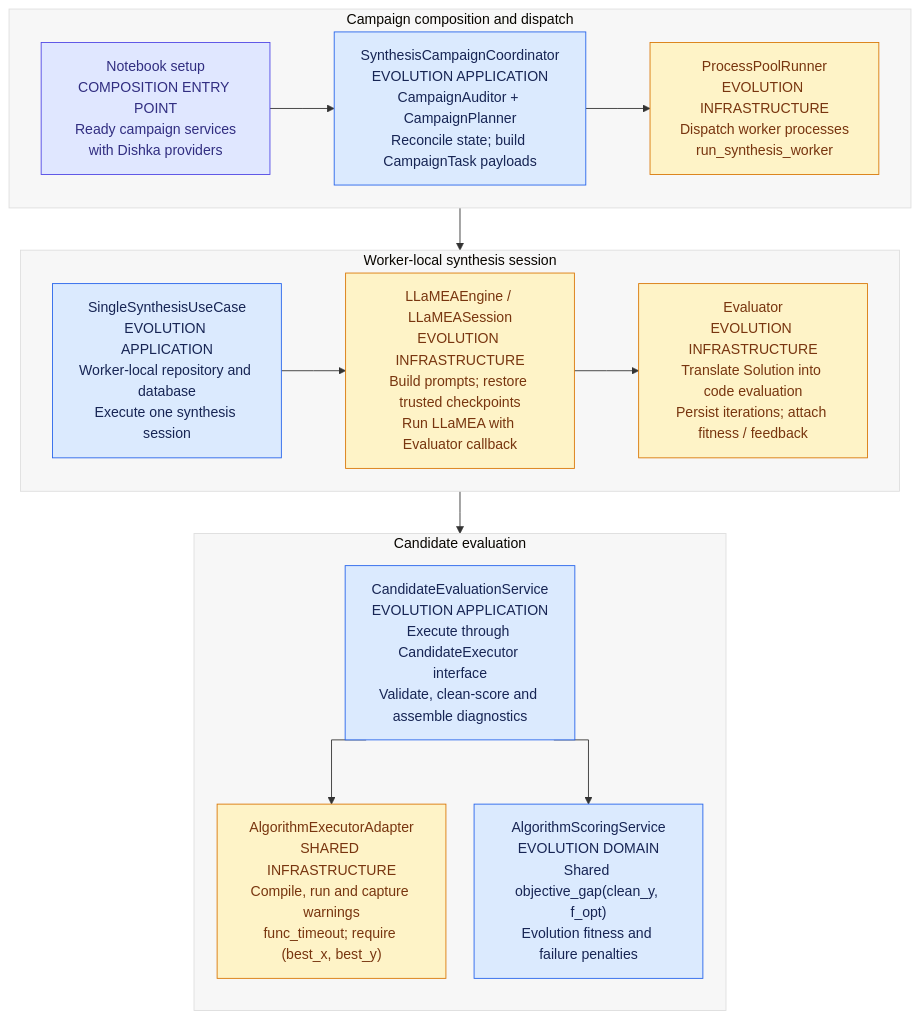
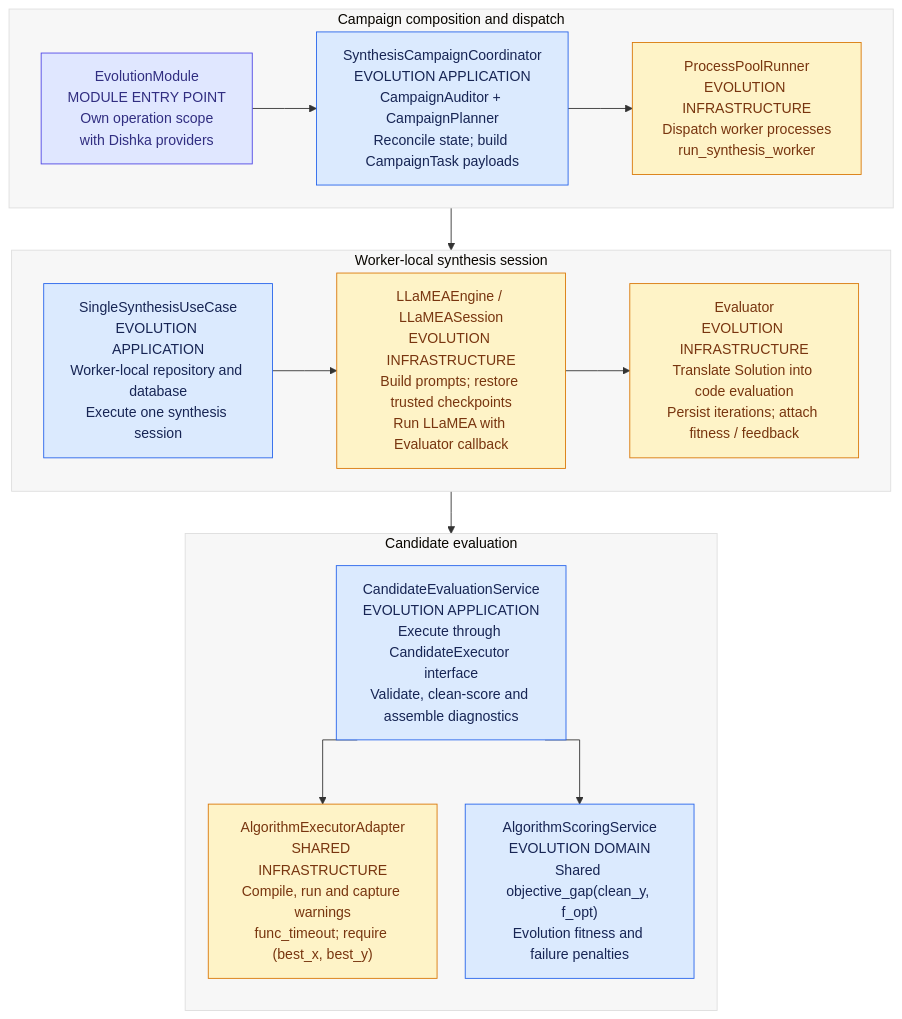
One commit to Nicola-Ibrahim/AAD_LLM changed the first of 2 diagrams in docs/architecture/system_architecture.md. Above: the diagram before and after it, drawn with Mermaid. The commit also changed other lines of this file and 161 other files, not shown here.

````diff
--- a/docs/architecture/system_architecture.md
+++ b/docs/architecture/system_architecture.md
@@ -17,36 +17,36 @@
 ```mermaid
 %%{init: {"theme":"base","themeVariables":{"background":"#f2e6ff","lineColor":"#333333","fontFamily":"Arial, Helvetica, sans-serif","clusterBkg":"#f7f7f7","clusterBorder":"#dedede"},"flowchart":{"curve":"stepAfter","nodeSpacing":32,"rankSpacing":48}}}%%
 flowchart TD
     accTitle: Synthesis collaboration
     accDescr: Campaign composition dispatches worker-local synthesis sessions; LLaMEA delegates candidate evaluation to shared execution and evolution scoring.
     subgraph Campaign["Campaign composition and dispatch"]
         direction LR
-        Bootstrap["Notebook setup<br/>COMPOSITION ENTRY POINT<br/>Ready campaign services<br/>with Dishka providers"]
+        Bootstrap["EvolutionModule<br/>MODULE ENTRY POINT<br/>Own operation scope<br/>with Dishka providers"]
         Coordinator["SynthesisCampaignCoordinator<br/>EVOLUTION APPLICATION<br/>CampaignAuditor + CampaignPlanner<br/>Reconcile state; build CampaignTask payloads"]
         Dispatcher["ProcessPoolRunner<br/>EVOLUTION INFRASTRUCTURE<br/>Dispatch worker processes<br/>run_synthesis_worker"]
         Bootstrap --> Coordinator --> Dispatcher
     end
     subgraph Session["Worker-local synthesis session"]
         direction LR
         UseCase["SingleSynthesisUseCase<br/>EVOLUTION APPLICATION<br/>Worker-local repository and database<br/>Execute one synthesis session"]
         Engine["LLaMEAEngine / LLaMEASession<br/>EVOLUTION INFRASTRUCTURE<br/>Build prompts; restore trusted checkpoints<br/>Run LLaMEA with Evaluator callback"]
         Evaluator["Evaluator<br/>EVOLUTION INFRASTRUCTURE<br/>Translate Solution into code evaluation<br/>Persist iterations; attach fitness / feedback"]
         UseCase --> Engine --> Evaluator
     end
     subgraph Candidate["Candidate evaluation"]
         direction TB
         Evaluation["CandidateEvaluationService<br/>EVOLUTION APPLICATION<br/>Execute through CandidateExecutor interface<br/>Validate, clean-score and assemble diagnostics"]
         Executor["AlgorithmExecutorAdapter<br/>SHARED INFRASTRUCTURE<br/>Compile, run and capture warnings<br/>func_timeout; require (best_x, best_y)"]
         Scoring["AlgorithmScoringService<br/>EVOLUTION DOMAIN<br/>Shared objective_gap(clean_y, f_opt)<br/>Evolution fitness and failure penalties"]
         Evaluation --> Executor
         Evaluation --> Scoring
     end
     Dispatcher --> UseCase
     Evaluator --> Evaluation
     classDef application fill:#dbeafe,stroke:#2563eb,color:#172554;
     classDef infrastructure fill:#fef3c7,stroke:#d97706,color:#78350f;
     classDef composition fill:#e0e7ff,stroke:#4f46e5,color:#312e81;
     class Bootstrap composition;
     class Coordinator,UseCase,Evaluation,Scoring application;
     class Dispatcher,Engine,Evaluator,Executor infrastructure;
 ```
````
